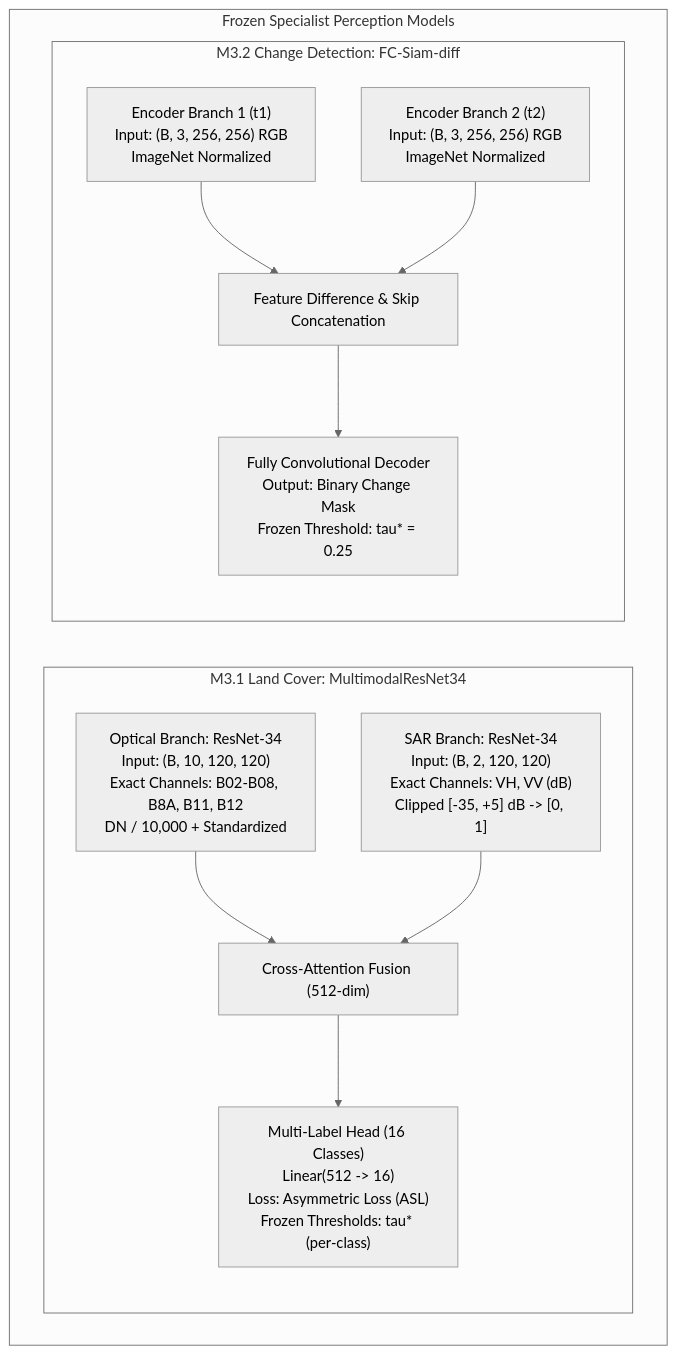
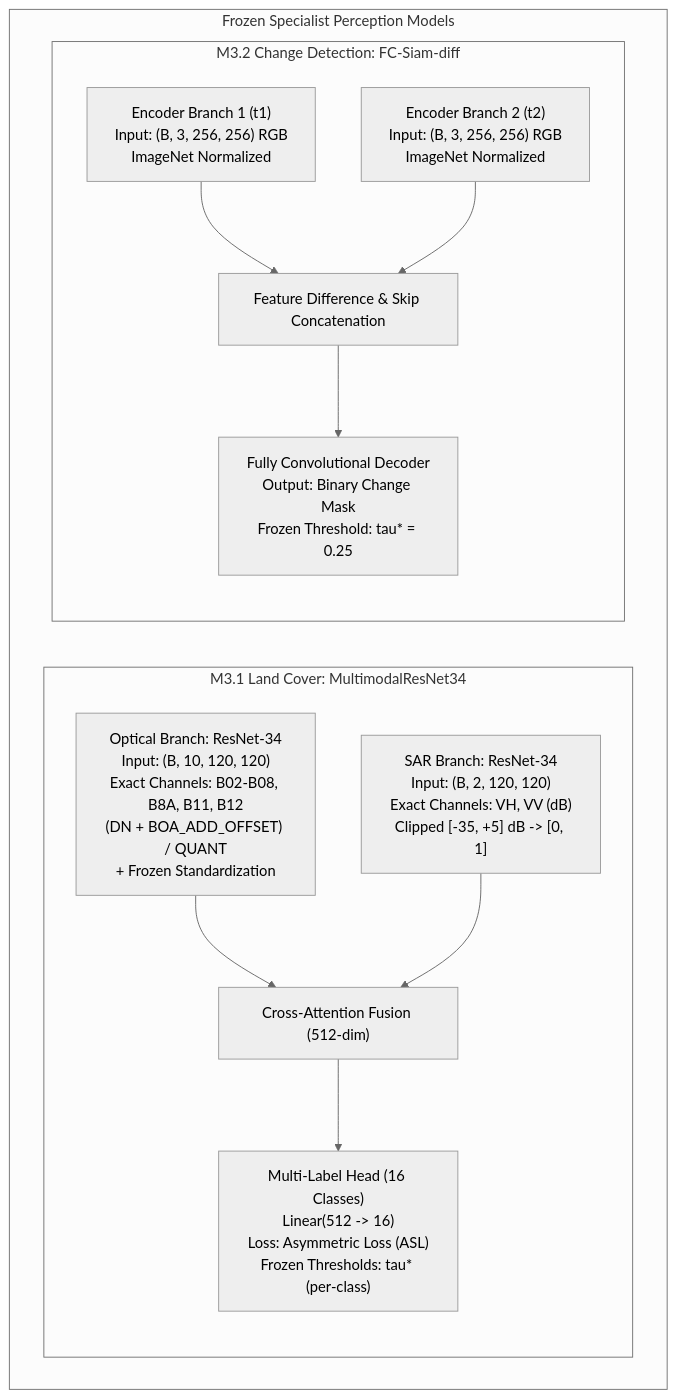
One commit to navaneeth2205/SatQueryAI changed the first of 2 diagrams in PHASE4_PREREGISTRATION_PROTOCOL.md. Above: the diagram before and after it, drawn with Mermaid (neutral theme). The commit also changed other lines of this file and 2 other files, not shown here.

Commit message:
fix(phase4): correct s2 optical architecture diagram, track 4.1 monte carlo bootstrap resolution, and track 4.3 conditional quota sampling

````diff
--- a/PHASE4_PREREGISTRATION_PROTOCOL.md
+++ b/PHASE4_PREREGISTRATION_PROTOCOL.md
@@ -50,26 +50,26 @@
 ```mermaid
 flowchart TD
     subgraph Specialists["Frozen Specialist Perception Models"]
         subgraph M31["M3.1 Land Cover: MultimodalResNet34"]
             direction TB
-            OptBranch["Optical Branch: ResNet-34\nInput: (B, 10, 120, 120)\nExact Channels: B02-B08, B8A, B11, B12\nDN / 10,000 + Standardized"]
+            OptBranch["Optical Branch: ResNet-34\nInput: (B, 10, 120, 120)\nExact Channels: B02-B08, B8A, B11, B12\n(DN + BOA_ADD_OFFSET) / QUANT\n+ Frozen Standardization"]
             SARBranch["SAR Branch: ResNet-34\nInput: (B, 2, 120, 120)\nExact Channels: VH, VV (dB)\nClipped [-35, +5] dB -> [0, 1]"]
             Fusion["Cross-Attention Fusion (512-dim)"]
             HeadLC["Multi-Label Head (16 Classes)\nLinear(512 -> 16)\nLoss: Asymmetric Loss (ASL)\nFrozen Thresholds: tau* (per-class)"]
             OptBranch --> Fusion
             SARBranch --> Fusion
             Fusion --> HeadLC
         end
 
         subgraph M32["M3.2 Change Detection: FC-Siam-diff"]
             direction TB
             T1Branch["Encoder Branch 1 (t1)\nInput: (B, 3, 256, 256) RGB\nImageNet Normalized"]
             T2Branch["Encoder Branch 2 (t2)\nInput: (B, 3, 256, 256) RGB\nImageNet Normalized"]
             DiffCat["Feature Difference & Skip Concatenation"]
             HeadCD["Fully Convolutional Decoder\nOutput: Binary Change Mask\nFrozen Threshold: tau* = 0.25"]
             T1Branch --> DiffCat
             T2Branch --> DiffCat
             DiffCat --> HeadCD
         end
     end
 ```
````
